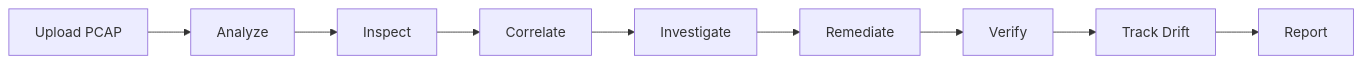
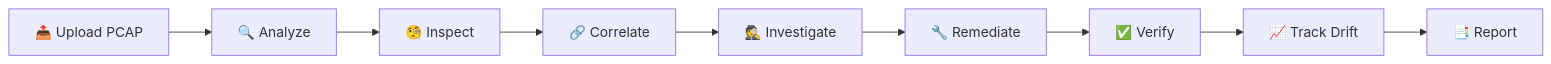
One commit to ToTheBlankWorld/NS-Email changed the second of 2 diagrams in README.md. Above: the diagram before and after it, drawn with Mermaid. The commit also changed other lines of this file, not shown here.

````diff
--- a/README.md
+++ b/README.md
@@ -112,11 +122,11 @@
 ```mermaid
 flowchart LR
-    U["Upload PCAP"] --> A["Analyze"]
-    A --> I["Inspect"]
-    I --> C["Correlate"]
-    C --> INV["Investigate"]
-    INV --> R["Remediate"]
-    R --> V["Verify"]
-    V --> D["Track Drift"]
-    D --> REP["Report"]
+    U["📤 Upload PCAP"] --> A["🔍 Analyze"]
+    A --> I["🧐 Inspect"]
+    I --> C["🔗 Correlate"]
+    C --> INV["🕵️ Investigate"]
+    INV --> R["🔧 Remediate"]
+    R --> V["✅ Verify"]
+    V --> D["📈 Track Drift"]
+    D --> REP["📑 Report"]
 ```
````
